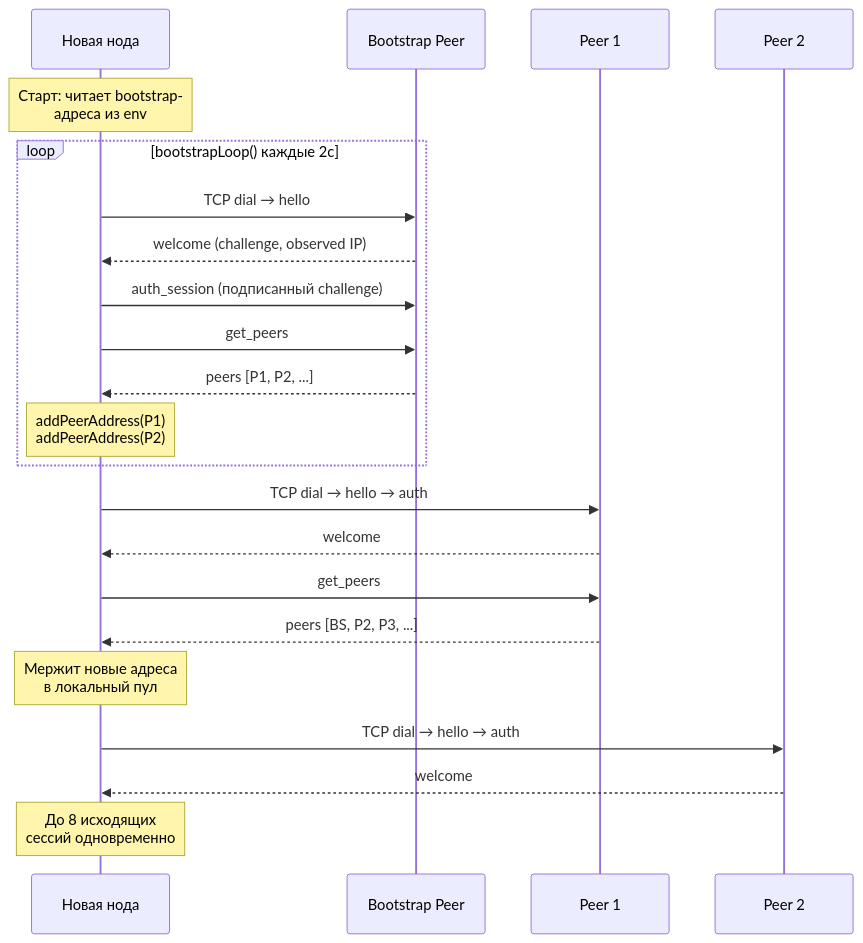
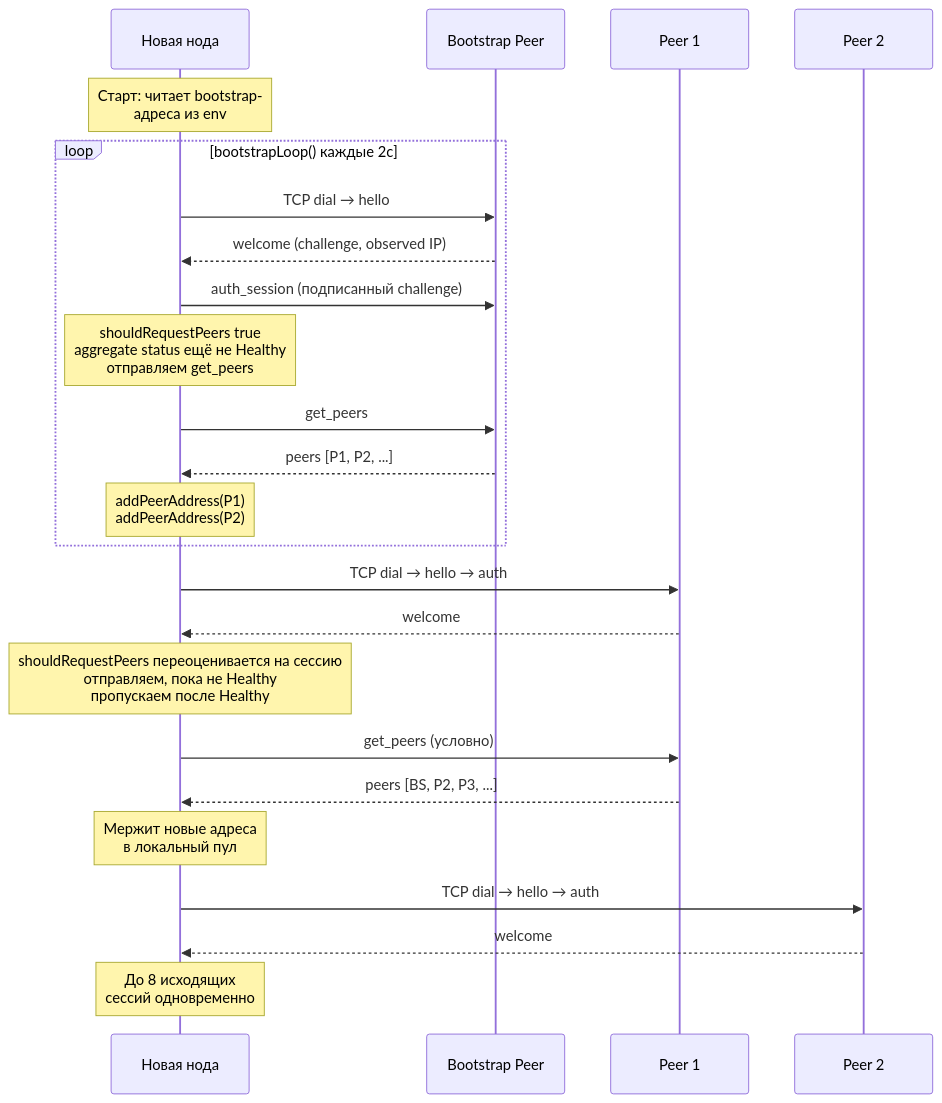
Diagram 11 of 18 in docs/mesh.md (piratecash/corsa), drawn with Mermaid before and after one commit. The commit also changed other lines of this file and 24 other files, not shown here.

````diff
--- a/docs/mesh.md
+++ b/docs/mesh.md
@@ -695,28 +721,30 @@
 ```mermaid
 sequenceDiagram
     participant New as Новая нода
     participant BS as Bootstrap Peer
     participant P1 as Peer 1
     participant P2 as Peer 2
 
     Note over New: Старт: читает bootstrap-<br/>адреса из env
 
     loop bootstrapLoop() каждые 2с
         New->>BS: TCP dial → hello
         BS-->>New: welcome (challenge, observed IP)
         New->>BS: auth_session (подписанный challenge)
+        Note over New: shouldRequestPeers true<br/>aggregate status ещё не Healthy<br/>отправляем get_peers
         New->>BS: get_peers
         BS-->>New: peers [P1, P2, ...]
         Note over New: addPeerAddress(P1)<br/>addPeerAddress(P2)
     end
 
     New->>P1: TCP dial → hello → auth
     P1-->>New: welcome
-    New->>P1: get_peers
+    Note over New: shouldRequestPeers переоценивается на сессию<br/>отправляем, пока не Healthy<br/>пропускаем после Healthy
+    New->>P1: get_peers (условно)
     P1-->>New: peers [BS, P2, P3, ...]
     Note over New: Мержит новые адреса<br/>в локальный пул
 
     New->>P2: TCP dial → hello → auth
     P2-->>New: welcome
     Note over New: До 8 исходящих<br/>сессий одновременно
 ```
````
